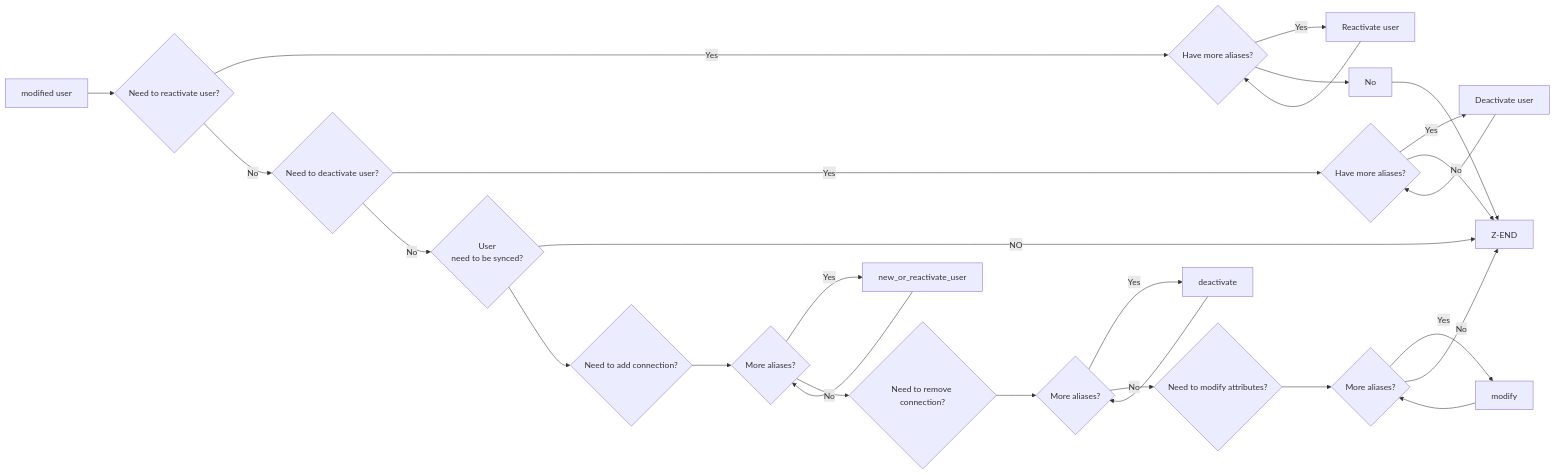
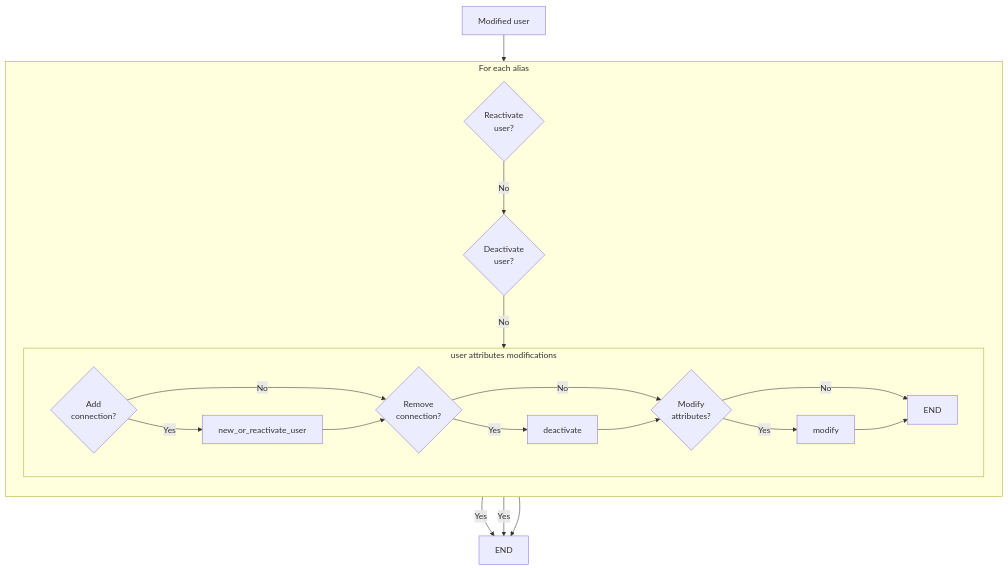
Before and after one commit to univention/office365: the fourth of 5 diagrams in doc/README-code.md, drawn with Mermaid. The commit also changed other lines of this file, not shown here.

````diff
--- a/doc/README-code.md
+++ b/doc/README-code.md
@@ -1154,48 +1159,39 @@
 ```mermaid 
-flowchart LR
-    A[modified user]
-    B{Need to reactivate user?}
-    C{Need to deactivate user?}
-    E[Reactivate user]
-    F[Deactivate user]
-    G{Have more aliases?}
-    H{Have more aliases?}
-    I{User<br/>need to be synced?}
-    J{Need to add connection?}
-    J1{More aliases?}
-    J2[new_or_reactivate_user]
-    K{Need to remove connection?}
-    K1{More aliases?}
-    K2[deactivate]
-    L{Need to modify attributes?}
-    L1{More aliases?}
-    L2[modify]
-    
-    Z[Z-END]
+flowchart TB
+ 
+    A[Modified user]
+    subgraph aliases["For each alias"]
+        direction TB
+        B{Reactivate</br>user?}
+        C{Deactivate</br>user?}
+        subgraph mods["user attributes modifications"]
+            direction LR
+            J{Add</br>connection?}
+            J2[new_or_reactivate_user]
+            K{Remove</br>connection?}
+            K2[deactivate]
+            L{Modify</br>attributes?}
+            L2[modify]
+            modsend[END]
+        end
+    end
+    Z[END]
     
     A --> B
-    B -- Yes --> G
-    G -- Yes --> E
-    E --> G
-    G --> No --> Z
-    C -- Yes--> H
-    H -- Yes --> F
-    F --> H
-    H -- No --> Z
+    B -- Yes --> Z
+    C -- Yes --> Z
     B -- No --> C
-    C -- No --> I
-    I -- NO --> Z
-    I --> J
-    J --> J1
-    J1 -- Yes --> J2
-    J2 --> J1
-    J1 -- No --> K
-    K --> K1
-    K1 -- Yes --> K2
-    K2 --> K1
-    K1 -- No --> L
-    L --> L1
-    L1 -- Yes --> L2
-    L2 --> L1
-    L1 -- No --> Z
+    C -- No --> mods
+    J -- Yes --> J2
+    J -- No --> K
+
+    J2 --> K
+    K -- Yes --> K2
+    K -- No --> L
+    K2 --> L
+    L -- Yes --> L2
+    L -- No --> modsend
+    L2 --> modsend
+
+    mods --> Z
 ```
````
